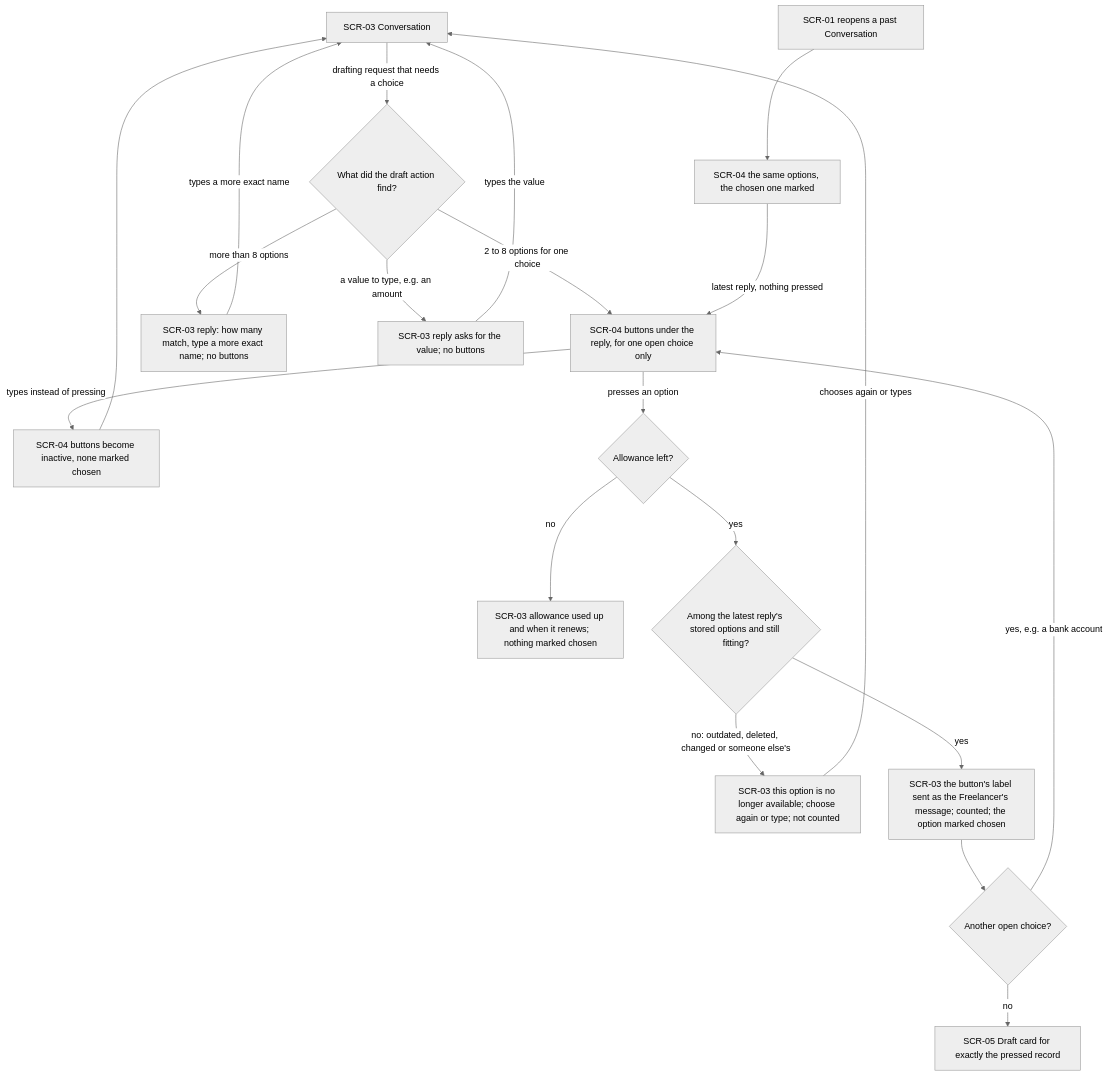
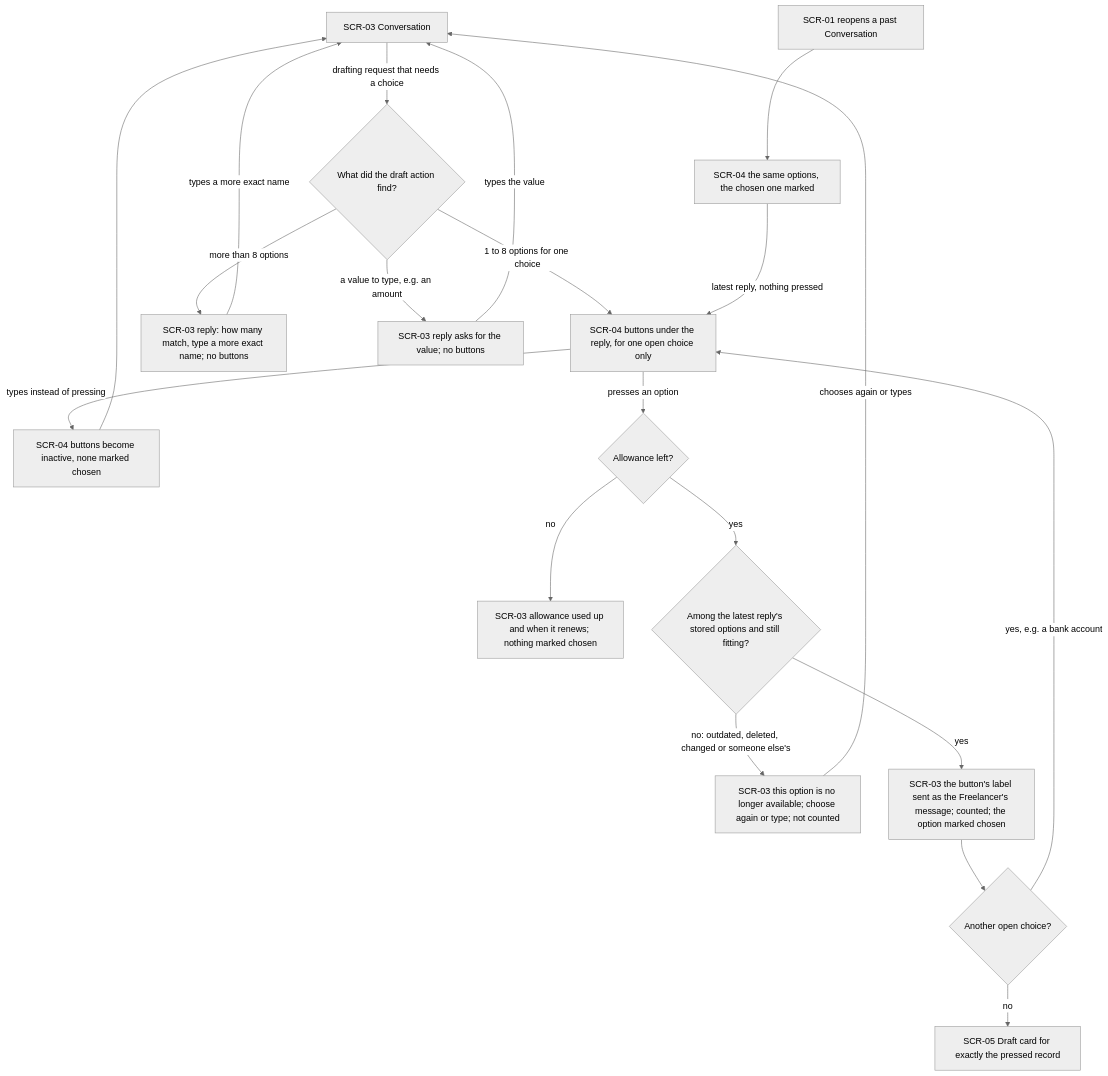
The second of 11 diagrams in docs/features/ai-chat-v2/ux-flows.md (GopkoDev/invoiceForge), drawn with Mermaid (neutral theme) before and after one commit. The commit also changed 3 other files, not shown here.

````diff
--- a/docs/features/ai-chat-v2/ux-flows.md
+++ b/docs/features/ai-chat-v2/ux-flows.md
@@ -64,22 +64,22 @@
 ```mermaid
 flowchart TD
     A["SCR-03 Conversation"] -->|"drafting request that needs a choice"| B{"What did the draft action find?"}
-    B -->|"2 to 8 options for one choice"| C["SCR-04 buttons under the reply, for one open choice only"]
+    B -->|"1 to 8 options for one choice"| C["SCR-04 buttons under the reply, for one open choice only"]
     B -->|"more than 8 options"| D["SCR-03 reply: how many match, type a more exact name; no buttons"]
     D -->|"types a more exact name"| A
     B -->|"a value to type, e.g. an amount"| E["SCR-03 reply asks for the value; no buttons"]
     E -->|"types the value"| A
     C -->|"types instead of pressing"| F["SCR-04 buttons become inactive, none marked chosen"]
     F --> A
     C -->|"presses an option"| G{"Allowance left?"}
     G -->|"no"| H["SCR-03 allowance used up and when it renews; nothing marked chosen"]
     G -->|"yes"| I{"Among the latest reply's stored options and still fitting?"}
     I -->|"no: outdated, deleted, changed or someone else's"| J["SCR-03 this option is no longer available; choose again or type; not counted"]
     J -->|"chooses again or types"| A
     I -->|"yes"| K["SCR-03 the button's label sent as the Freelancer's message; counted; the option marked chosen"]
     K --> L{"Another open choice?"}
     L -->|"yes, e.g. a bank account"| C
     L -->|"no"| M["SCR-05 Draft card for exactly the pressed record"]
     N["SCR-01 reopens a past Conversation"] --> O["SCR-04 the same options, the chosen one marked"]
     O -->|"latest reply, nothing pressed"| C
 ```
````
